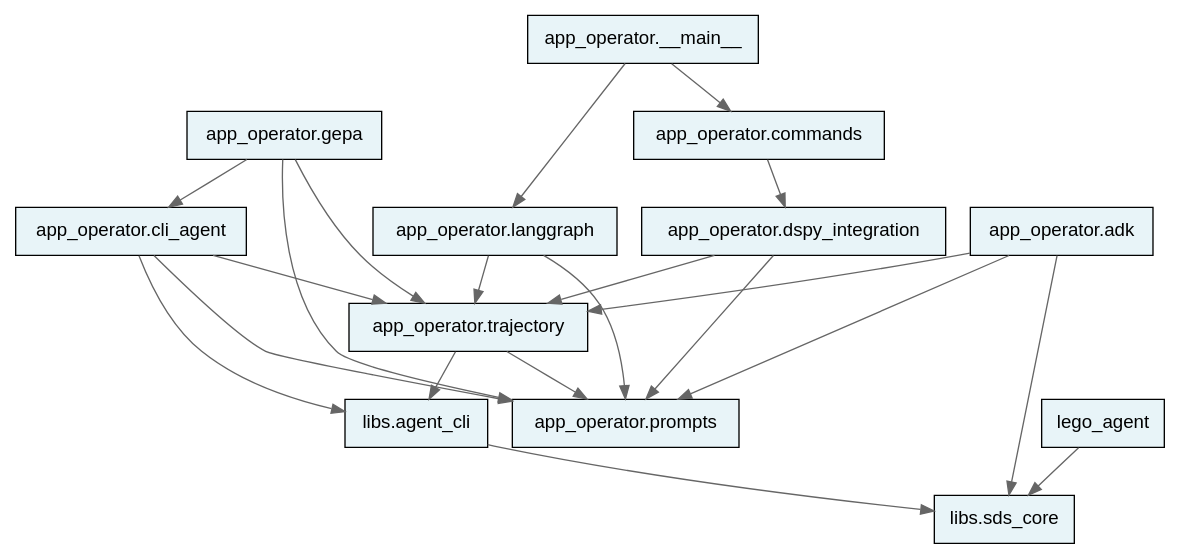
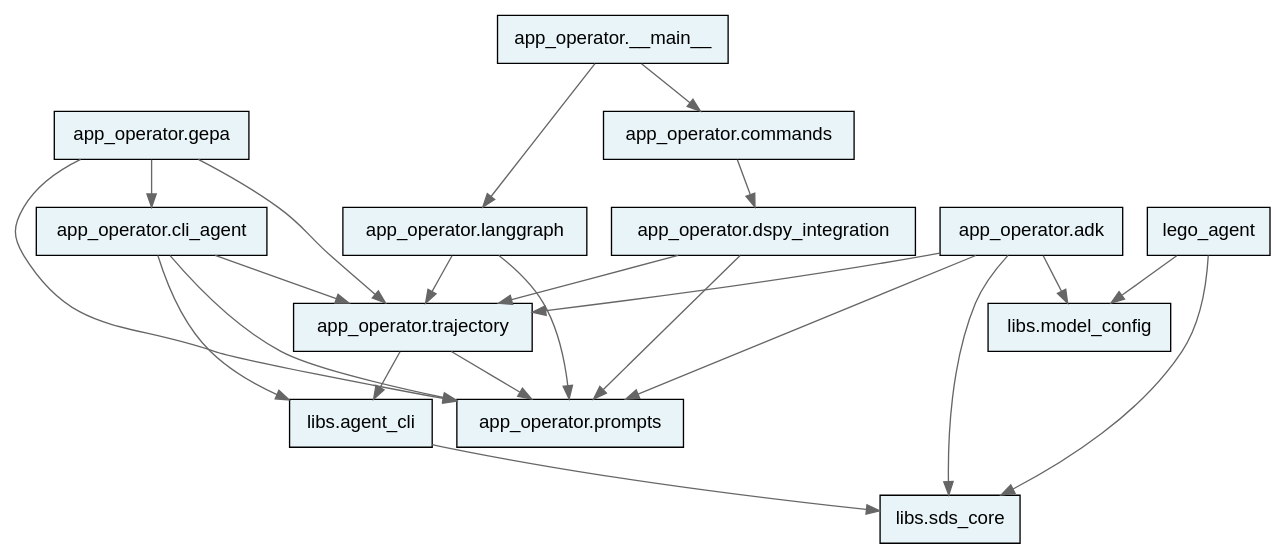
Before and after one commit to uw-syfi/sdo: the diagram in docs/assets/tach_module_graph.dot, drawn with Graphviz. The commit also changed 1 other file, not shown here.

```diff
--- a/docs/assets/tach_module_graph.dot
+++ b/docs/assets/tach_module_graph.dot
@@ -1,26 +1,28 @@
 digraph tach_modules {
     rankdir=TB;
     node [shape=box, style=filled, fillcolor="#e8f4f8", fontname="Helvetica"];
     edge [color="#666666"];
 
     "libs.agent_cli" -> "libs.sds_core";
     "app_operator.trajectory" -> "app_operator.prompts";
     "app_operator.trajectory" -> "libs.agent_cli";
     "app_operator.dspy_integration" -> "app_operator.prompts";
     "app_operator.dspy_integration" -> "app_operator.trajectory";
     "app_operator.cli_agent" -> "app_operator.prompts";
     "app_operator.cli_agent" -> "app_operator.trajectory";
     "app_operator.cli_agent" -> "libs.agent_cli";
     "app_operator.langgraph" -> "app_operator.prompts";
     "app_operator.langgraph" -> "app_operator.trajectory";
     "app_operator.adk" -> "app_operator.prompts";
     "app_operator.adk" -> "app_operator.trajectory";
+    "app_operator.adk" -> "libs.model_config";
     "app_operator.adk" -> "libs.sds_core";
     "app_operator.gepa" -> "app_operator.cli_agent";
     "app_operator.gepa" -> "app_operator.prompts";
     "app_operator.gepa" -> "app_operator.trajectory";
     "app_operator.commands" -> "app_operator.dspy_integration";
     "app_operator.__main__" -> "app_operator.commands";
     "app_operator.__main__" -> "app_operator.langgraph";
+    "lego_agent" -> "libs.model_config";
     "lego_agent" -> "libs.sds_core";
 }
```
